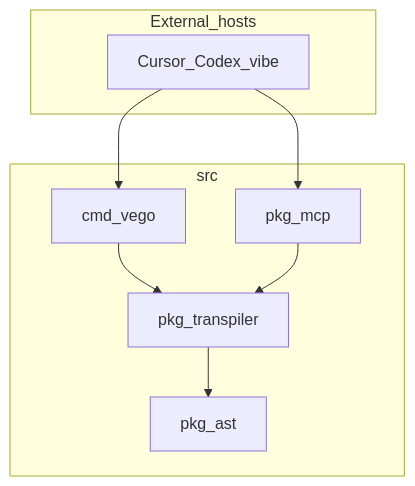
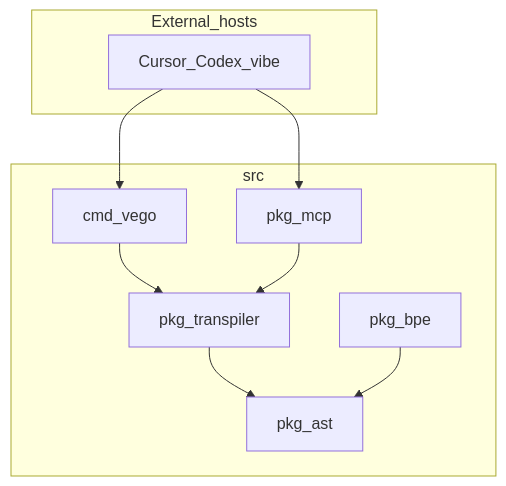
The third of 3 diagrams in _bmad-output/planning-artifacts/architecture/architecture-VeGo-2026-09-12/ARCHITECTURE-SPINE.md (sodawave/VeGO), drawn with Mermaid before and after one commit. The commit also changed other lines of this file and 12 other files, not shown here.

````diff
--- a/_bmad-output/planning-artifacts/architecture/architecture-VeGo-2026-09-12/ARCHITECTURE-SPINE.md
+++ b/_bmad-output/planning-artifacts/architecture/architecture-VeGo-2026-09-12/ARCHITECTURE-SPINE.md
@@ -118,17 +126,19 @@
 ```mermaid
 flowchart TB
   subgraph product [src]
     cli[cmd_vego]
     ast[pkg_ast]
     xf[pkg_transpiler]
     mcp[pkg_mcp]
+    bpe[pkg_bpe]
   end
   subgraph hosts [External_hosts]
     cursor[Cursor_Codex_vibe]
   end
   cursor --> cli
   cursor --> mcp
   cli --> xf
   mcp --> xf
   xf --> ast
+  bpe --> ast
 ```
````
